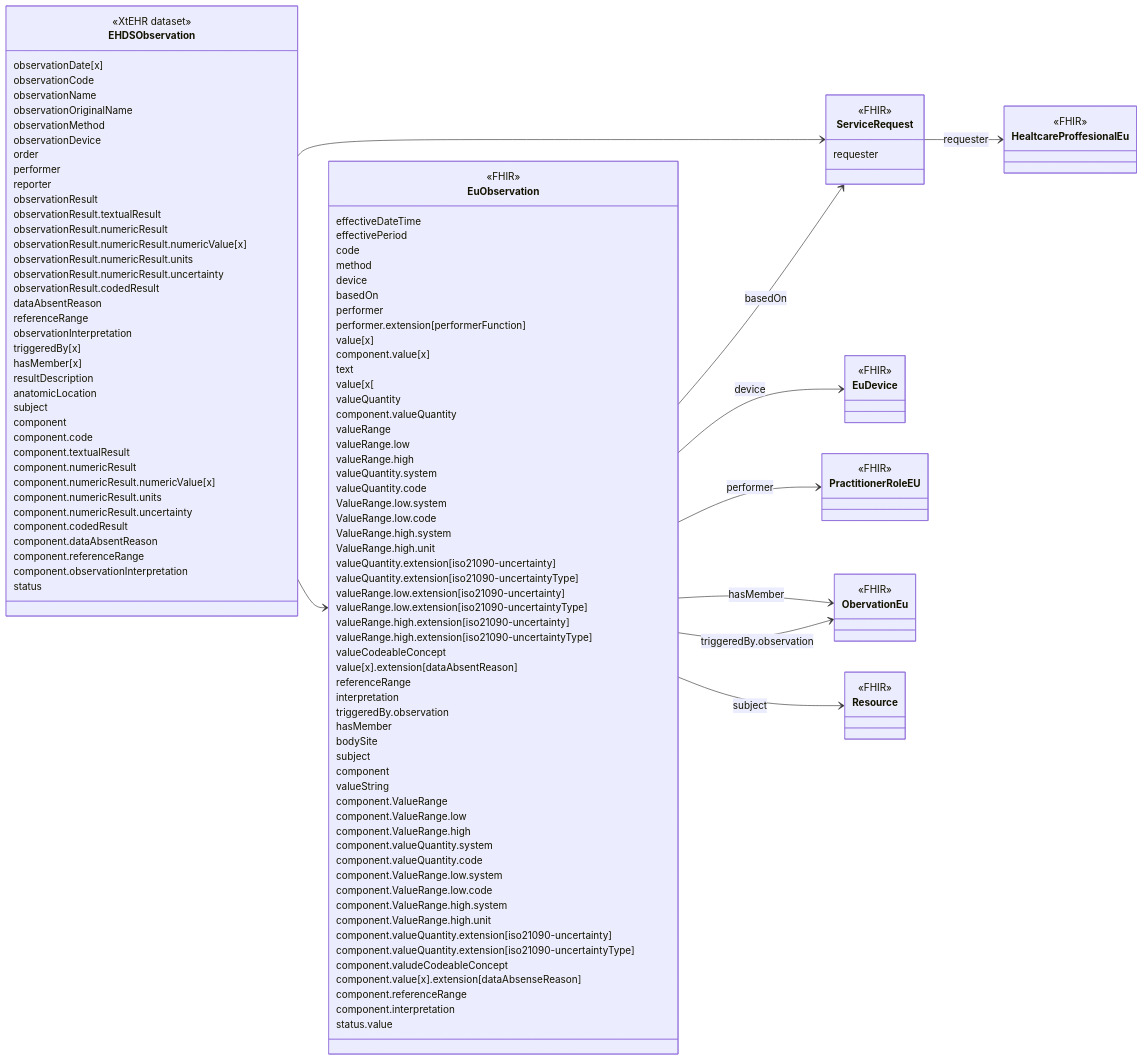
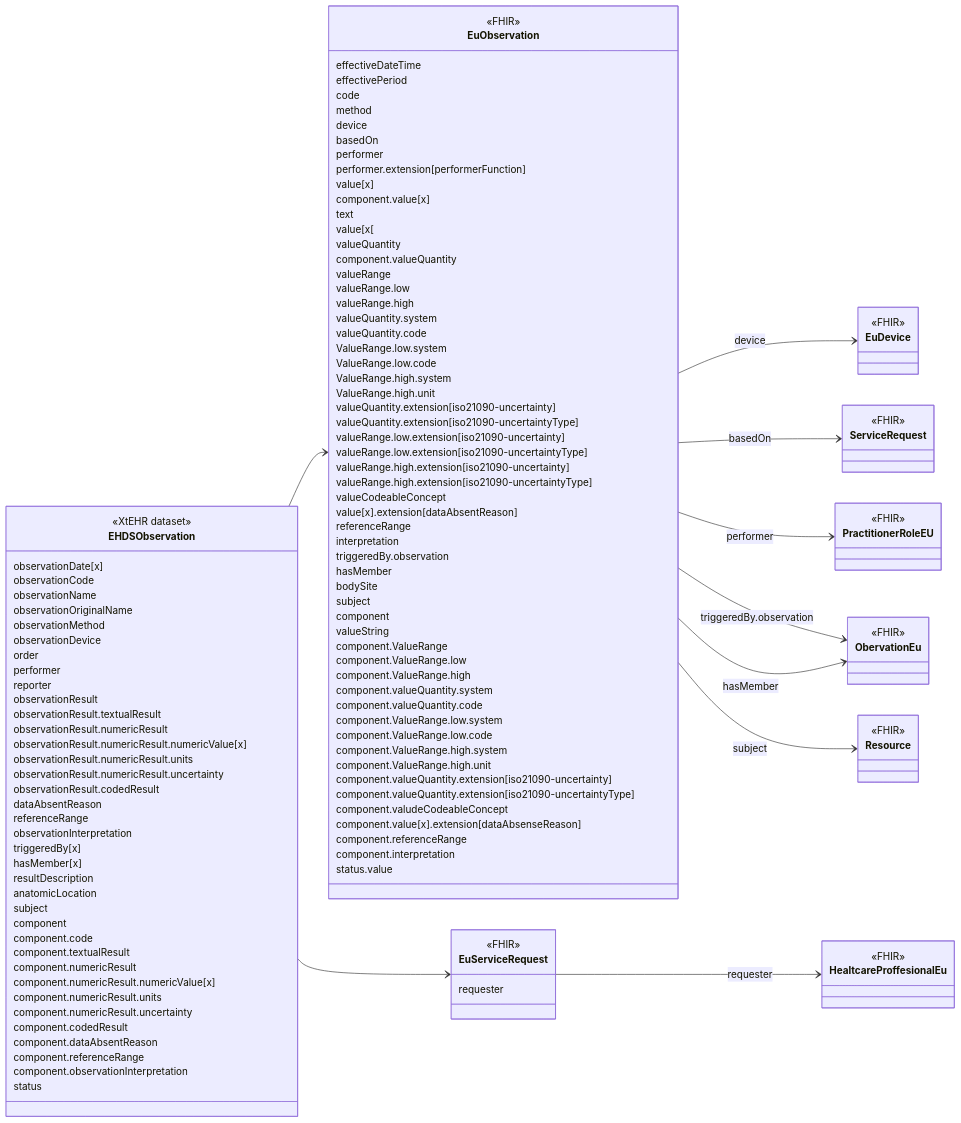
Before and after one commit to oijauregui/ehdsimaging: the diagram in input/intro-notes/ConceptMap-EHDSObservationMap-intro.md, drawn with Mermaid. The commit also changed 138 other files, not shown here.

````diff
--- a/input/intro-notes/ConceptMap-EHDSObservationMap-intro.md
+++ b/input/intro-notes/ConceptMap-EHDSObservationMap-intro.md
@@ -104,7 +104,7 @@
   status.value
 }
 
-class ServiceRequest{
+class EuServiceRequest{
   <<FHIR>>
   requester
 }
@@ -134,6 +134,6 @@
 EuObservation --> ObervationEu : triggeredBy.observation
 EuObservation --> ObervationEu : hasMember
 EuObservation --> Resource : subject
-EHDSObservation --> ServiceRequest
-ServiceRequest --> HealtcareProffesionalEu : requester
+EHDSObservation --> EuServiceRequest
+EuServiceRequest --> HealtcareProffesionalEu : requester
 ```
````
